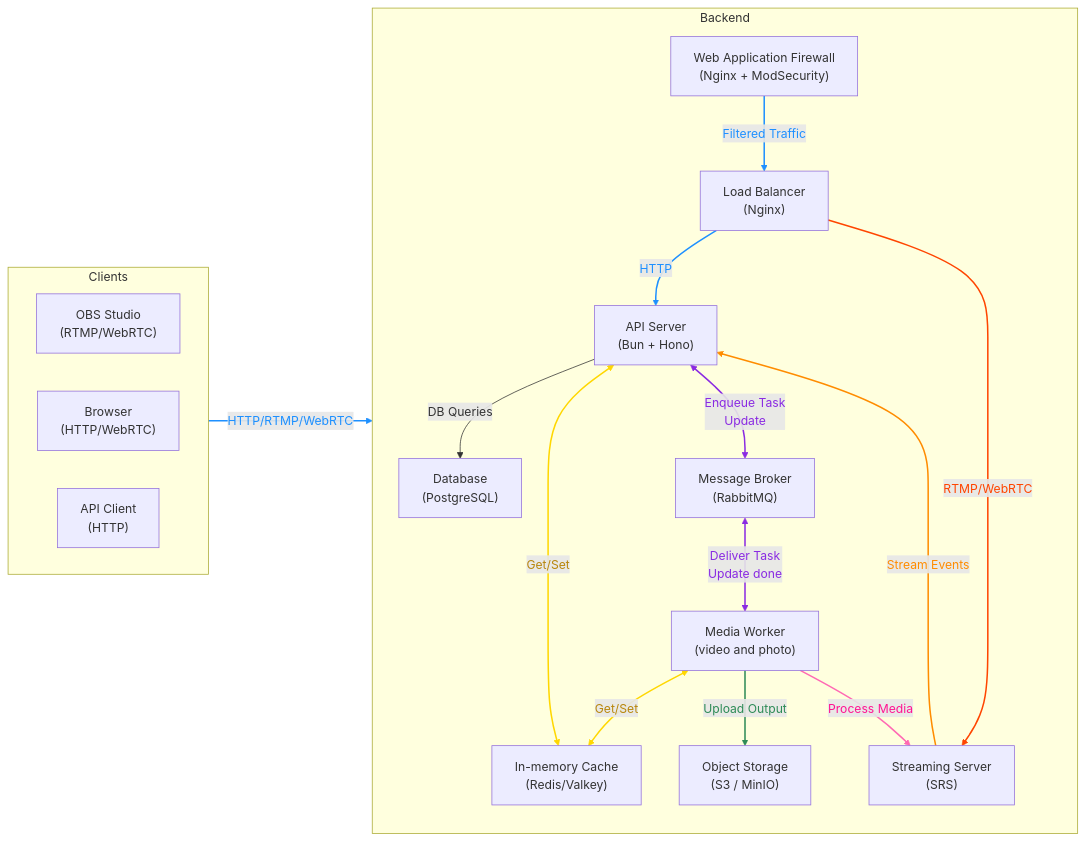
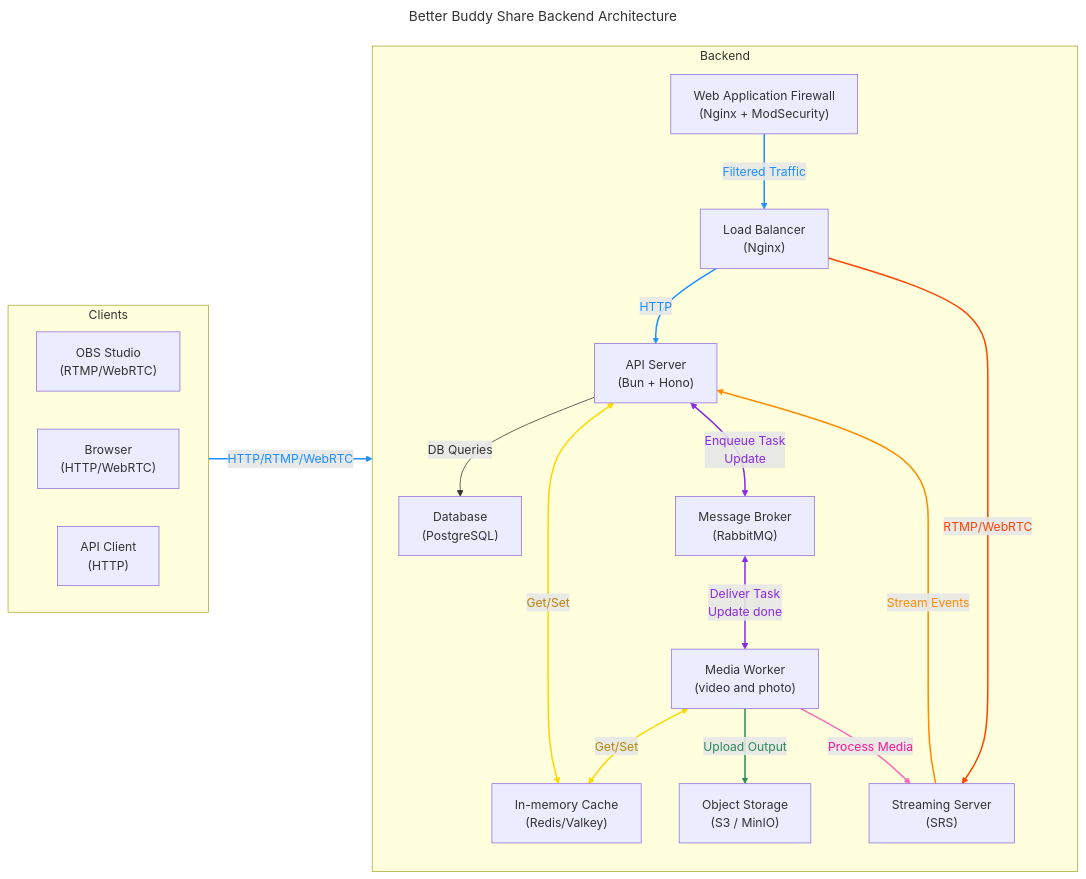
Before and after one commit to MaciejWojs/better-buddyshare-backend: the diagram in diagrams/flowchart.mmd, drawn with Mermaid.

Commit message:
chore(diagrams): add title to flowchart for better context

```diff
--- a/diagrams/flowchart.mmd
+++ b/diagrams/flowchart.mmd
@@ -1,76 +1,79 @@
+---
+title: Better Buddy Share Backend Architecture
+--- 
 flowchart LR
     %% ===== Clients =====
     subgraph Clients
         direction LR
         OBS["OBS Studio<br /> (RTMP/WebRTC)"]
         Browser["Browser<br /> (HTTP/WebRTC)"]
         Api["API Client<br /> (HTTP)"]
     end
 
     %% ===== Backend =====
     subgraph Backend
         direction TB
         WAF["Web Application Firewall<br /> (Nginx + ModSecurity)"]
         LB["Load Balancer<br /> (Nginx)"]
         API["API Server<br /> (Bun + Hono)"]
 
         %% Order adjusted here
         Cache["In-memory Cache<br /> (Redis/Valkey)"]
         Worker["Media Worker<br /> (video and photo)"]
 
         RabbitMQ["Message Broker<br /> (RabbitMQ)"]
         DB["Database<br /> (PostgreSQL)"]
         SRS["Streaming Server<br /> (SRS)"]
         Storage["Object Storage<br /> (S3 / MinIO)"]
     end
 
     %% ===== Flows =====
     Clients -->|HTTP/RTMP/WebRTC| WAF
     WAF -->|Filtered Traffic| LB
     LB -->|HTTP| API
     LB -->|RTMP/WebRTC| SRS
 
     %% API Core
     API -->|DB Queries| DB
     API <-->|Get/Set| Cache
 
     %% Async Tasks
     API <-->|Enqueue Task<br />  Update| RabbitMQ
     RabbitMQ <-->|Deliver Task<br />  Update done| Worker
 
     %% Media Worker Operations
     Worker <-->|Get/Set| Cache
     Worker -->|Upload Output| Storage
     Worker -->|Process Media| SRS
 
     %% SRS Events
     SRS -->|Stream Events| API
 
     %% ===== Arrow Styling =====
     %% HTTP
     linkStyle 0 stroke:#1E90FF,stroke-width:2px,color:#1E90FF
     linkStyle 1 stroke:#1E90FF,stroke-width:2px,color:#1E90FF
     linkStyle 2 stroke:#1E90FF,stroke-width:2px,color:#1E90FF
 
     %% RTMP/WebRTC
     linkStyle 3 stroke:#FF4500,stroke-width:2px,color:#FF4500
 
     %% DB
     %% linkStyle 4 stroke:#32CD32,stroke-width:2px,color:#32CD32
 
     %% Cache
     linkStyle 5 stroke:#FFD700,stroke-width:2px,color:#B8860B
     linkStyle 8 stroke:#FFD700,stroke-width:2px,color:#B8860B
 
     %% RabbitMQ messaging
     linkStyle 6 stroke:#8A2BE2,stroke-width:2px,color:#8A2BE2
     linkStyle 7 stroke:#8A2BE2,stroke-width:2px,color:#8A2BE2
 
     %% Media
     linkStyle 10 stroke:#FF69B4,stroke-width:2px,color:#FF1493
 
     %% Storage
     linkStyle 9 stroke:#2E8B57,stroke-width:2px,color:#2E8B57
 
     %% SRS Event
     linkStyle 11 stroke:#FF8C00,stroke-width:2px,color:#FF8C00
```
